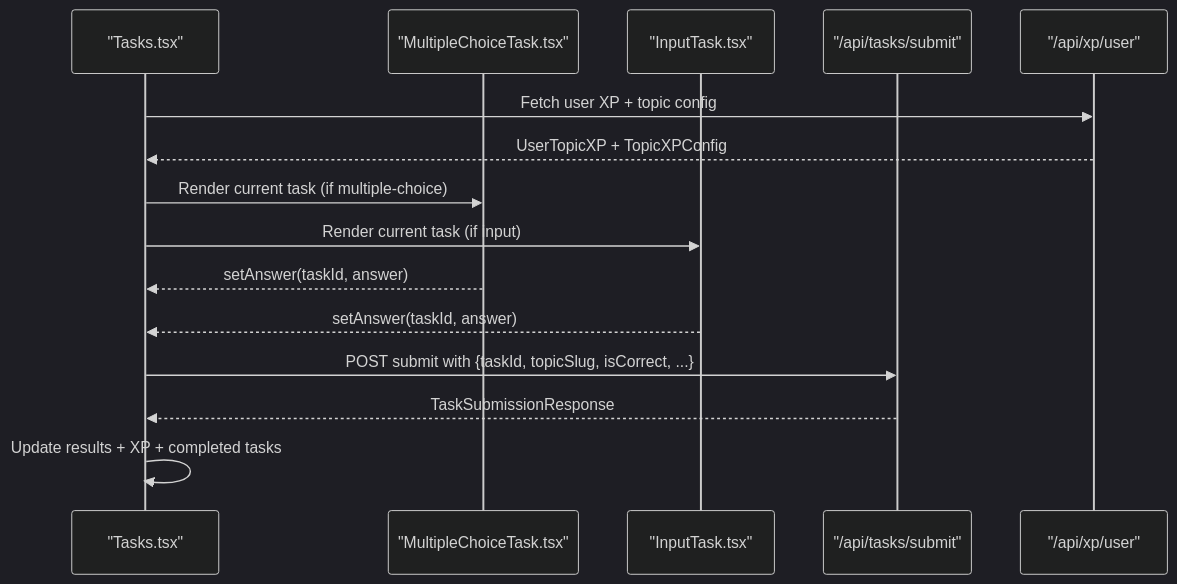
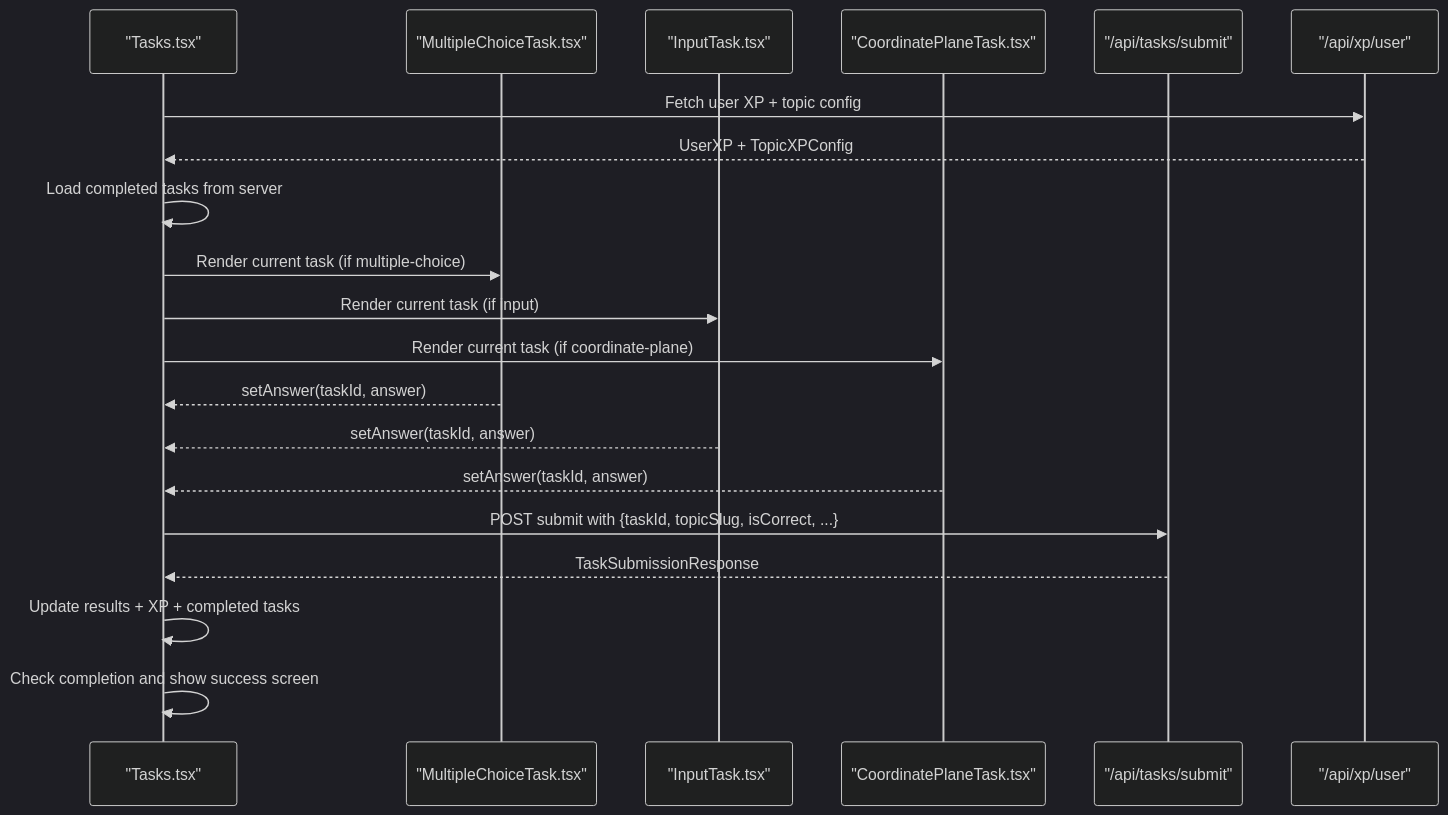
One commit to AlexKutz/math-app-next-js changed the fifth of 7 diagrams in .qoder/repowiki/en/content/Core Features/Content Management System/Content Management System.md. Above: the diagram before and after it, drawn with Mermaid (dark theme). The commit also changed other lines of this file and 125 other files, not shown here.

````diff
--- a/.qoder/repowiki/en/content/Core Features/Content Management System/Content Management System.md
+++ b/.qoder/repowiki/en/content/Core Features/Content Management System/Content Management System.md
@@ -258,17 +319,22 @@
 ```mermaid
 sequenceDiagram
 participant UI as "Tasks.tsx"
 participant MC as "MultipleChoiceTask.tsx"
 participant IN as "InputTask.tsx"
+participant CP as "CoordinatePlaneTask.tsx"
 participant API as "/api/tasks/submit"
 participant XPAPI as "/api/xp/user"
 UI->>XPAPI : Fetch user XP + topic config
-XPAPI-->>UI : UserTopicXP + TopicXPConfig
+XPAPI-->>UI : UserXP + TopicXPConfig
+UI->>UI : Load completed tasks from server
 UI->>MC : Render current task (if multiple-choice)
 UI->>IN : Render current task (if input)
+UI->>CP : Render current task (if coordinate-plane)
 MC-->>UI : setAnswer(taskId, answer)
 IN-->>UI : setAnswer(taskId, answer)
+CP-->>UI : setAnswer(taskId, answer)
 UI->>API : POST submit with {taskId, topicSlug, isCorrect, ...}
 API-->>UI : TaskSubmissionResponse
 UI->>UI : Update results + XP + completed tasks
+UI->>UI : Check completion and show success screen
 ```
````
